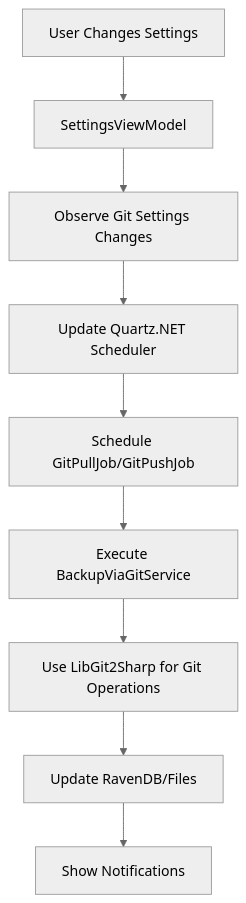
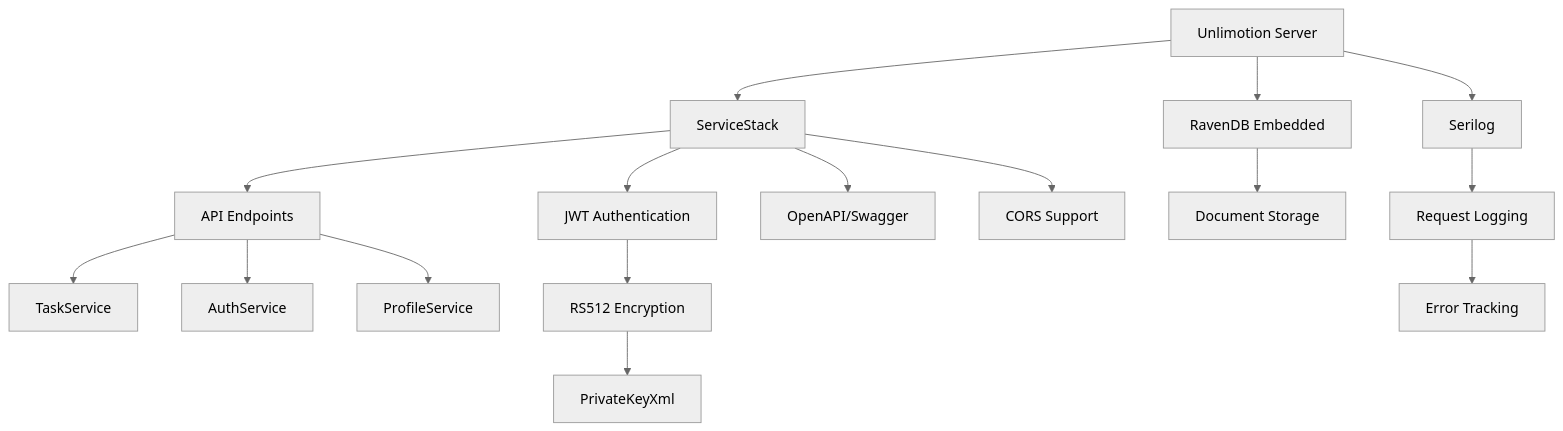
Before and after one commit to Kibnet/Unlimotion: the fourth of 6 diagrams in .qoder/repowiki/en/content/Technology Stack.md, drawn with Mermaid (neutral theme). The commit also changed other lines of this file and 216 other files, not shown here.

````diff
--- a/.qoder/repowiki/en/content/Technology Stack.md
+++ b/.qoder/repowiki/en/content/Technology Stack.md
@@ -345,11 +155,18 @@
 ```mermaid
-flowchart TD
-A[User Changes Settings] --> B[SettingsViewModel]
-B --> C[Observe Git Settings Changes]
-C --> D[Update Quartz.NET Scheduler]
-D --> E[Schedule GitPullJob/GitPushJob]
-E --> F[Execute BackupViaGitService]
-F --> G[Use LibGit2Sharp for Git Operations]
-G --> H[Update RavenDB/Files]
-H --> I[Show Notifications]
+graph TD
+A[Unlimotion Server] --> B[RavenDB Embedded]
+A --> C[ServiceStack]
+A --> D[Serilog]
+C --> E[API Endpoints]
+C --> F[JWT Authentication]
+C --> G[OpenAPI/Swagger]
+C --> H[CORS Support]
+E --> I[TaskService]
+E --> J[AuthService]
+E --> K[ProfileService]
+F --> L[RS512 Encryption]
+L --> M[PrivateKeyXml]
+B --> N[Document Storage]
+D --> O[Request Logging]
+O --> P[Error Tracking]
 ```
````
